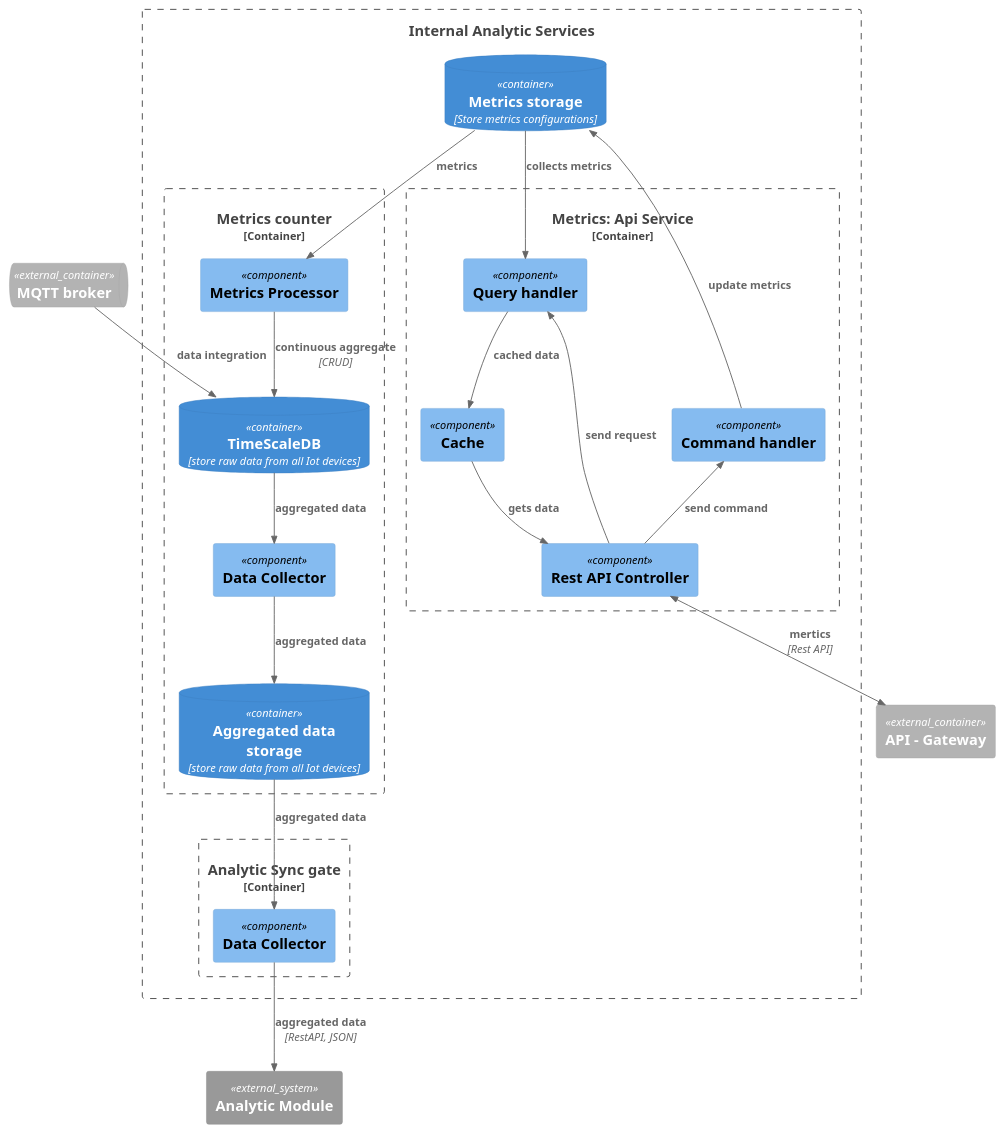
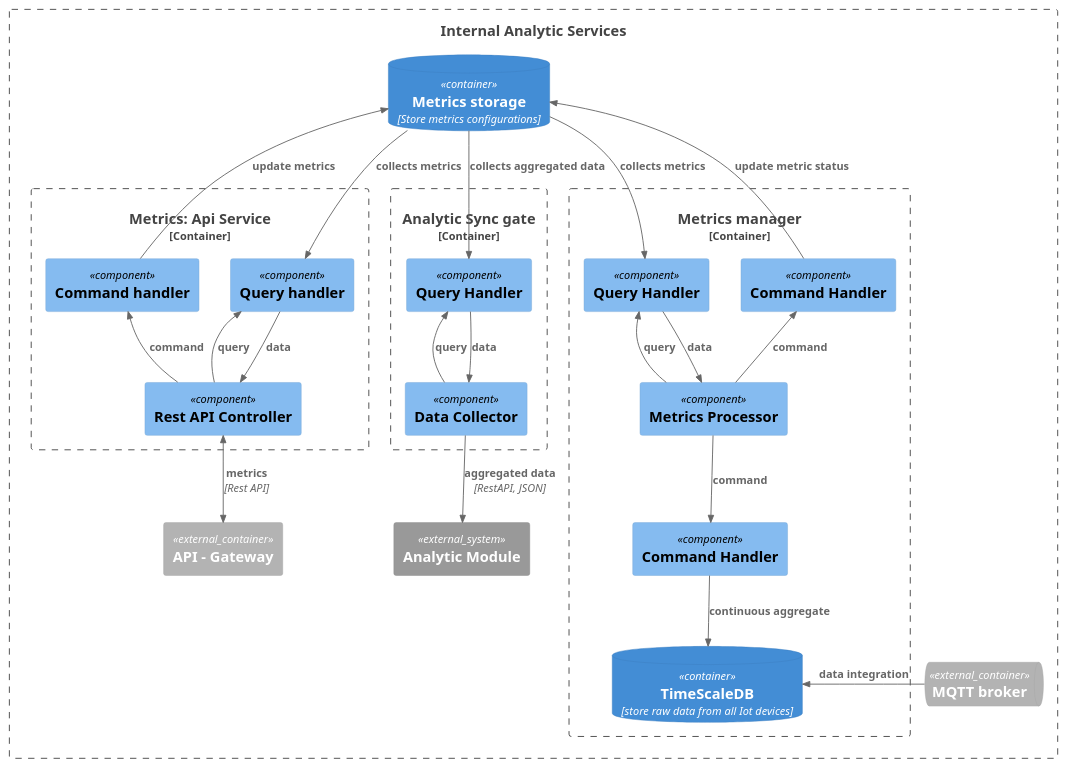
Before and after one commit to mirray/MSA-AgroTech: the diagram in Task3/ATCK_C4_Components_analysis.puml, drawn with PlantUML. The commit also changed 3 other files, not shown here.

```diff
--- a/Task3/ATCK_C4_Components_analysis.puml
+++ b/Task3/ATCK_C4_Components_analysis.puml
@@ -1,45 +1,51 @@
 @startuml Архитектура_АвтоТехноСвиноКомплекс_v1_Analysis
 !include <C4/C4_Component>
+
+
+Boundary(analysis_internal, "Internal Analytic Services"){
 ContainerQueue_Ext(data_hub, "MQTT broker")
 Container_Ext(api, "API - Gateway")
 System_Ext(analytic_module, "Analytic Module") 
-Boundary(analysis_internal, "Internal Analytic Services"){
     ContainerDb(metrics_management_db, "Metrics storage", "Store metrics configurations")
     Container_Boundary(metrics_management, "Metrics: Api Service"){
         Component(metrics_management_ch, "Command handler")
         Component(metrics_management_qh, "Query handler")
-        Component(metrics_management_cache, "Cache")
         Component(metrics_management_controller, "Rest API Controller")
         Rel_U(metrics_management_ch, metrics_management_db, "update metrics")
         Rel_D(metrics_management_db,metrics_management_qh, "collects metrics")
-        Rel_D(metrics_management_qh, metrics_management_cache, "cached data")
-        Rel_U(metrics_management_controller, metrics_management_qh, "send request")
-        Rel_U(metrics_management_controller, metrics_management_ch, "send command")
-        Rel_D(metrics_management_cache, metrics_management_controller, "gets data") 
+        Rel_D(metrics_management_qh, metrics_management_controller, "data")
+        Rel_U(metrics_management_controller, metrics_management_qh, "query")
+        Rel_U(metrics_management_controller, metrics_management_ch, "command") 
     }
 
     Container_Boundary(analytic_module_sync, "Analytic Sync gate") {
+        Component(analytic_module_sync_qh, "Query Handler")
         Component(analytic_module_sync_collector, "Data Collector")
+        Rel_D(metrics_management_db, analytic_module_sync_qh, "collects aggregated data")
+        Rel_U(analytic_module_sync_collector, analytic_module_sync_qh, "query")
+        Rel_D(analytic_module_sync_qh, analytic_module_sync_collector, "data")
+        Rel_D(analytic_module_sync_collector, analytic_module ,"aggregated data", "RestAPI, JSON")
+             
     }
-    
-    Rel(analytic_module_sync_collector, analytic_module ,"aggregated data", "RestAPI, JSON")
-            
-   
-    Container_Boundary(metrics_service, "Metrics counter") {
-        Component(metrics_service_processor, "Metrics Processor") 
-        ContainerDb(analytic_db, "TimeScaleDB", "store raw data from all Iot devices")
-        Rel_D(data_hub, analytic_db, "data integration")  
-        Component(metrics_service_collector, "Data Collector")
-        Rel_D(analytic_db, metrics_service_collector,"aggregated data")  
-        ContainerDb(analytic_db_metrics, "Aggregated data storage", "store raw data from all Iot devices") 
-        Rel_D(metrics_service_collector, analytic_db_metrics, "aggregated data")                                                  
-    }                  
-    Rel_D(metrics_service_processor, analytic_db, "continuous aggregate", "CRUD")
-     Rel_D(metrics_management_db, metrics_service_processor, "metrics")
-    Rel_D(analytic_db_metrics, analytic_module_sync_collector,  "aggregated data")
-            
+
+    Container_Boundary(metrics_service, "Metrics manager") {
+        Component(metrics_service_qh, "Query Handler")
+        Component(metrics_service_ch, "Command Handler")
+        Component(metrics_service_processor, "Metrics Processor")
+        Component(metrics_service_ch_m, "Command Handler")
+        ContainerDb(analytic_db, "TimeScaleDB", "store raw data from all Iot devices")               
+        Rel_D(metrics_service_processor, metrics_service_ch, "command") 
+        Rel_U(metrics_service_processor, metrics_service_ch_m, "command") 
+        Rel_U(metrics_service_ch_m, metrics_management_db, "update metric status")
+        Rel_D(metrics_service_ch, analytic_db, "continuous aggregate")
+        Rel_U(metrics_service_processor, metrics_service_qh, "query")
+        Rel_D(metrics_service_qh, metrics_service_processor, "data")
+        Rel_D(metrics_management_db, metrics_service_qh, "collects metrics")
+        Rel_R(data_hub, analytic_db, "data integration")  
+                                                  
+    }                              
 }
        
     
-    BiRel_D(metrics_management_controller, api, "mertics", "Rest API")    
+    BiRel_D(metrics_management_controller, api, "metrics", "Rest API")    
 @enduml
```
